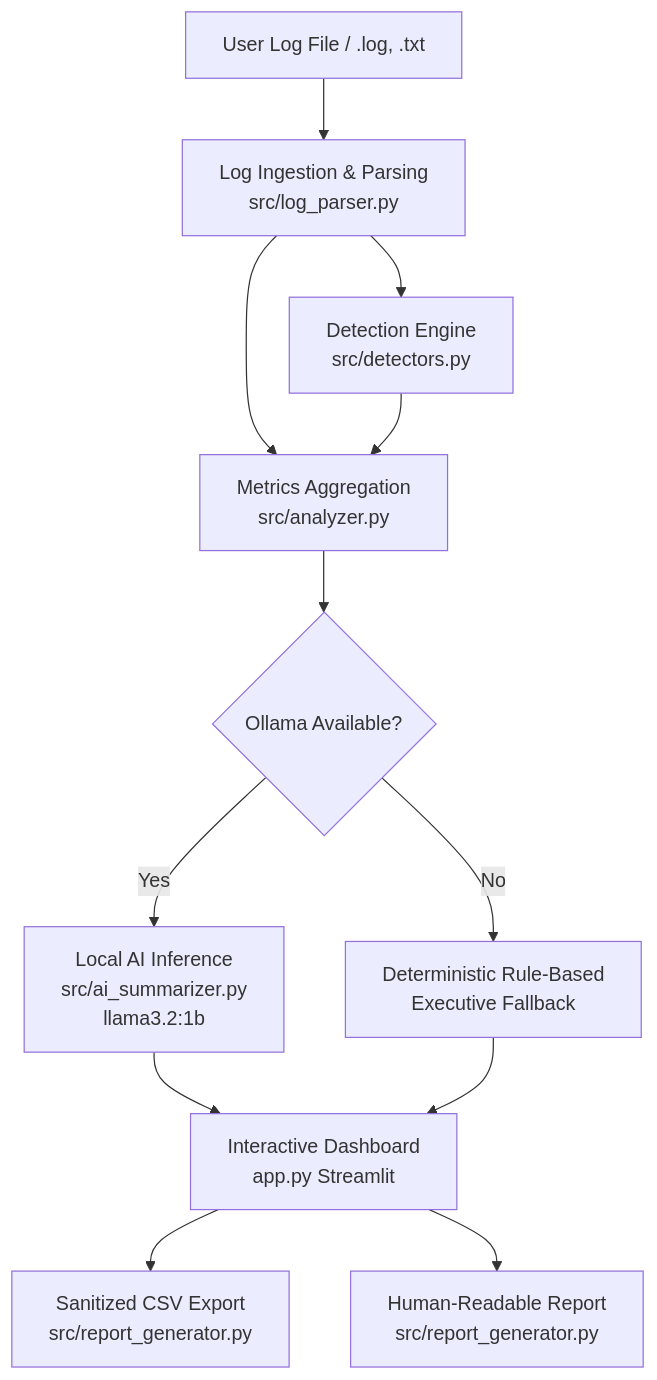
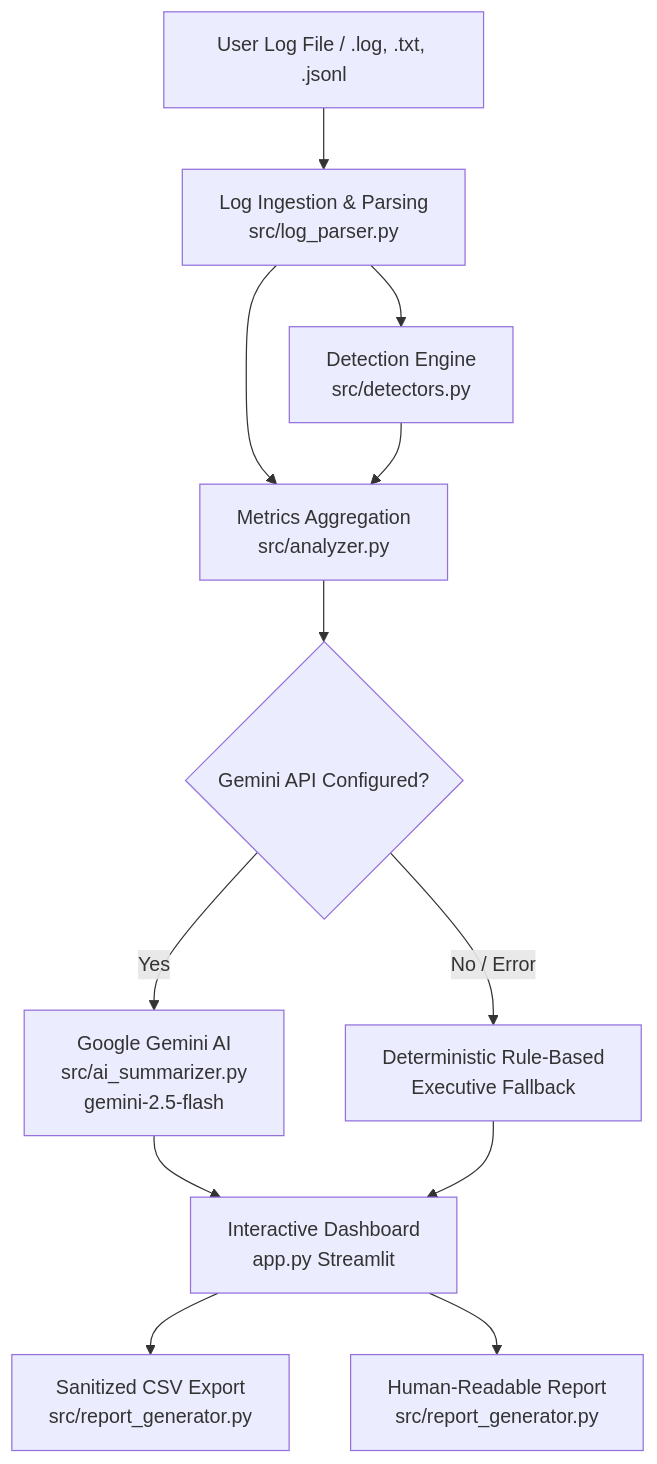
Before and after one commit to venky099/ai-powered-log-analyzer: the diagram in docs/ARCHITECTURE.md, drawn with Mermaid. The commit also changed other lines of this file and 6 other files, not shown here.

Commit message:
feat: integrate Google Gemini API in place of local Ollama

````diff
--- a/docs/ARCHITECTURE.md
+++ b/docs/ARCHITECTURE.md
@@ -7,14 +7,14 @@
 ```mermaid
 flowchart TD
-    A[User Log File / .log, .txt] --> B[Log Ingestion & Parsing\nsrc/log_parser.py]
+    A[User Log File / .log, .txt, .jsonl] --> B[Log Ingestion & Parsing\nsrc/log_parser.py]
     B --> C[Detection Engine\nsrc/detectors.py]
     B --> D[Metrics Aggregation\nsrc/analyzer.py]
     C --> D
-    D --> E{Ollama Available?}
-    E -- Yes --> F[Local AI Inference\nsrc/ai_summarizer.py\nllama3.2:1b]
-    E -- No --> G[Deterministic Rule-Based\nExecutive Fallback]
+    D --> E{Gemini API Configured?}
+    E -- Yes --> F[Google Gemini AI\nsrc/ai_summarizer.py\ngemini-2.5-flash]
+    E -- No / Error --> G[Deterministic Rule-Based\nExecutive Fallback]
     F --> H[Interactive Dashboard\napp.py Streamlit]
     G --> H
     H --> I[Sanitized CSV Export\nsrc/report_generator.py]
     H --> J[Human-Readable Report\nsrc/report_generator.py]
 ```
````
